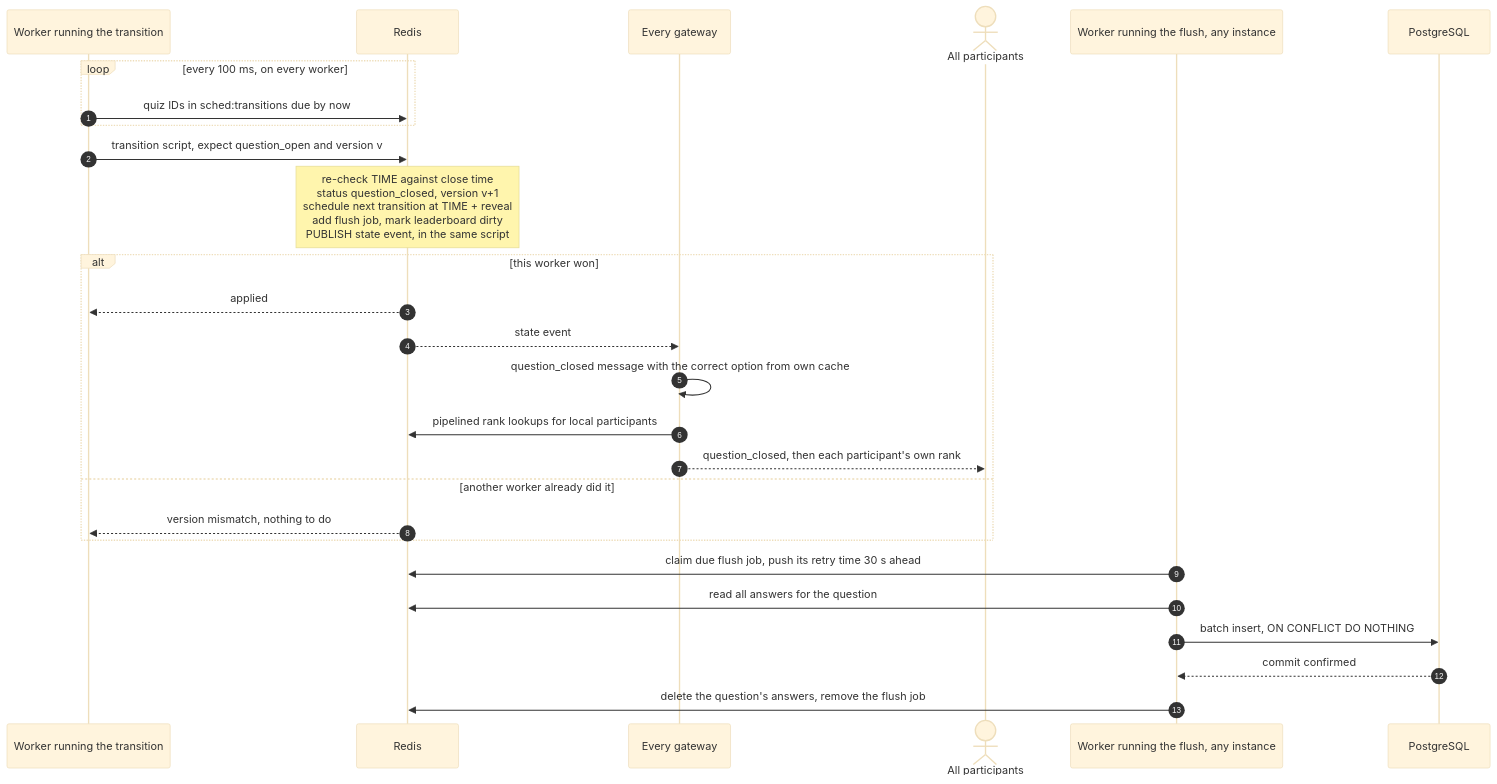
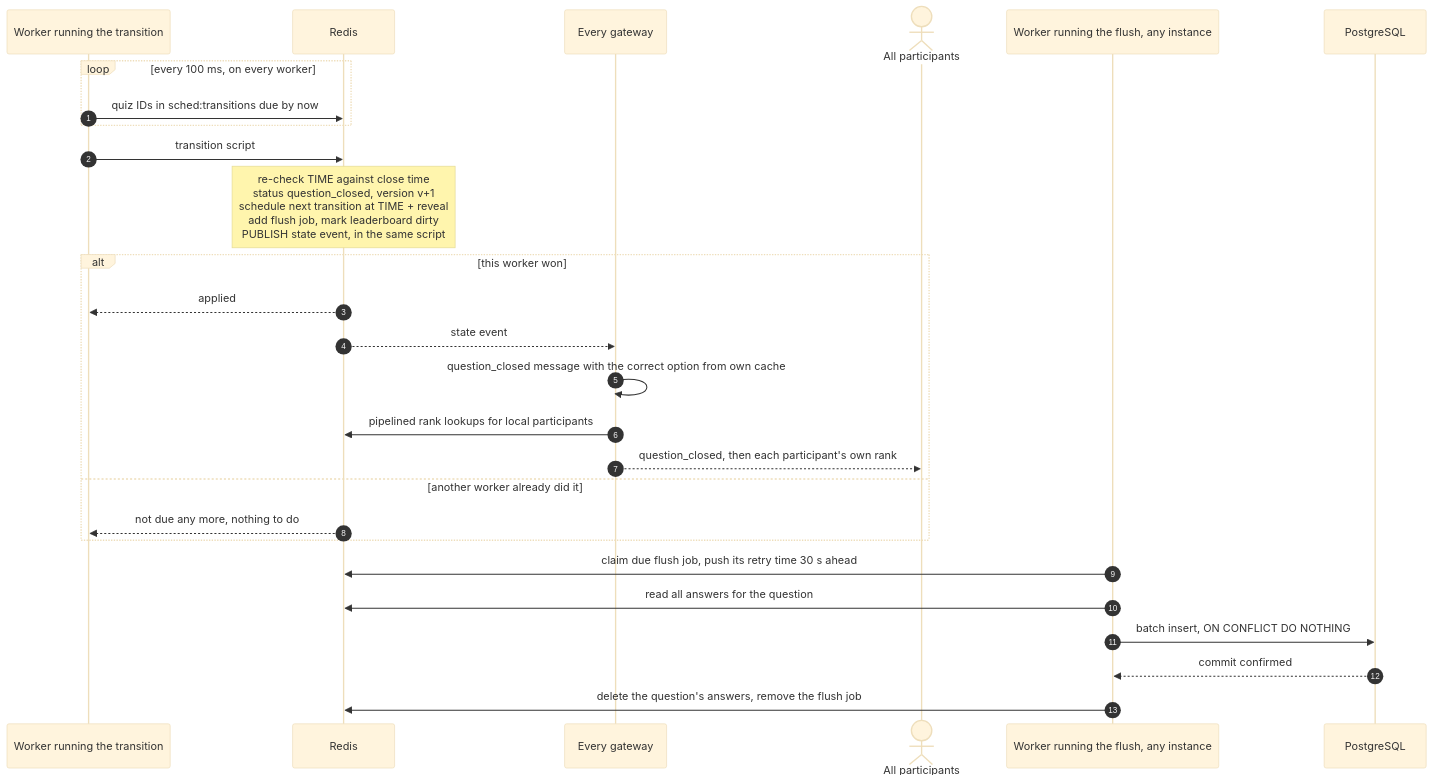
One commit to rizqyep/elsa-coding-challenge changed the sixth of 8 diagrams in docs/system-design/data-flow.md. Above: the diagram before and after it, drawn with Mermaid (base theme). The commit also changed other lines of this file and 8 other files, not shown here.

First line of the commit message:
refactor: drop the redundant transition version check; tighten tests

````diff
--- a/docs/system-design/data-flow.md
+++ b/docs/system-design/data-flow.md
@@ -163,31 +163,31 @@
 ```mermaid
 sequenceDiagram
     autonumber
     participant Sx as Worker running the transition
     participant R as Redis
     participant ALL as Every gateway
     actor PS as All participants
     participant Sy as Worker running the flush, any instance
     participant DB as PostgreSQL
 
     loop every 100 ms, on every worker
         Sx->>R: quiz IDs in sched:transitions due by now
     end
-    Sx->>R: transition script, expect question_open and version v
+    Sx->>R: transition script
     Note over R: re-check TIME against close time<br/>status question_closed, version v+1<br/>schedule next transition at TIME + reveal<br/>add flush job, mark leaderboard dirty<br/>PUBLISH state event, in the same script
     alt this worker won
         R-->>Sx: applied
         R-->>ALL: state event
         ALL->>ALL: question_closed message with the correct option from own cache
         ALL->>R: pipelined rank lookups for local participants
         ALL-->>PS: question_closed, then each participant's own rank
     else another worker already did it
-        R-->>Sx: version mismatch, nothing to do
+        R-->>Sx: not due any more, nothing to do
     end
 
     Sy->>R: claim due flush job, push its retry time 30 s ahead
     Sy->>R: read all answers for the question
     Sy->>DB: batch insert, ON CONFLICT DO NOTHING
     DB-->>Sy: commit confirmed
     Sy->>R: delete the question's answers, remove the flush job
 ```
````
